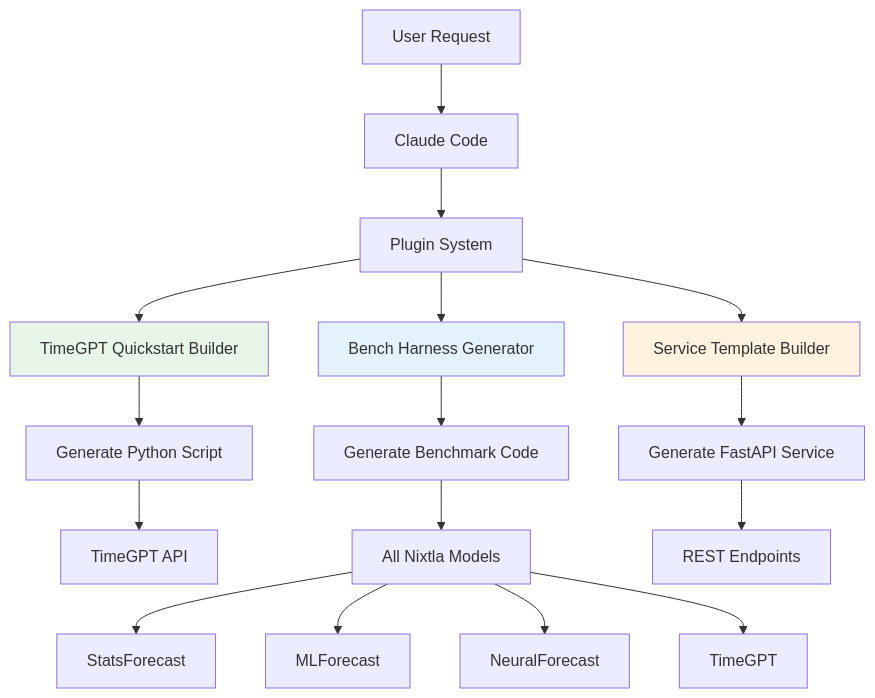
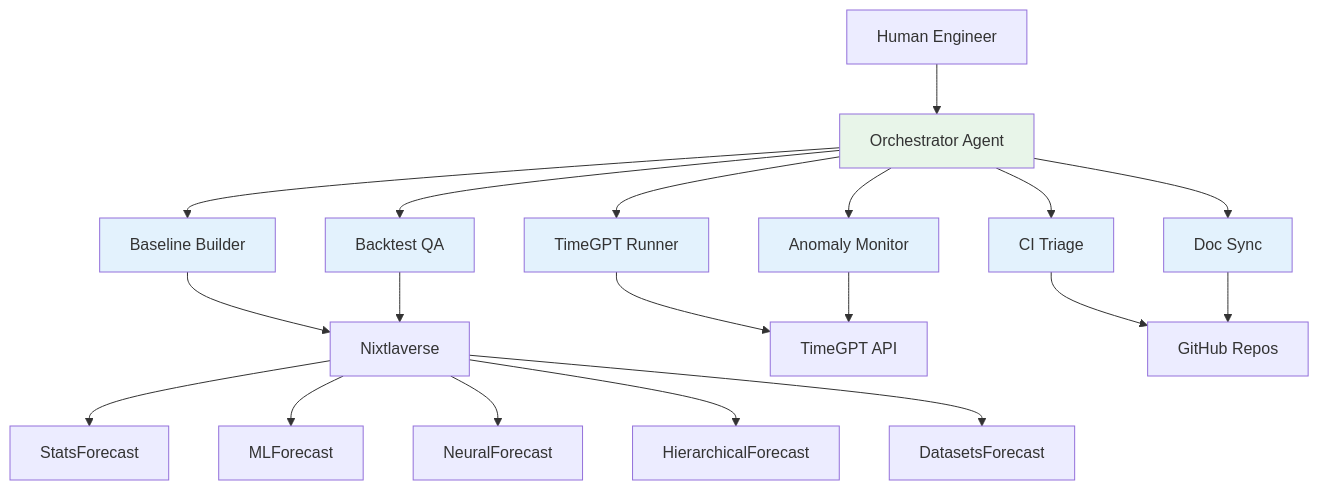
The diagram in README.md (jeremylongshore/plugins-nixtla), drawn with Mermaid before and after one commit. The commit also changed other lines of this file, not shown here.

````diff
--- a/README.md
+++ b/README.md
@@ -238,26 +199,32 @@
 ```mermaid
 graph TB
-    User[User Request] --> Claude[Claude Code]
-    Claude --> Plugins[Plugin System]
+    User[Human Engineer] --> Orch[Orchestrator Agent]
 
-    Plugins --> P1[TimeGPT Quickstart Builder]
-    Plugins --> P2[Bench Harness Generator]
-    Plugins --> P3[Service Template Builder]
+    Orch --> BB[Baseline Builder]
+    Orch --> BT[Backtest QA]
+    Orch --> TG[TimeGPT Runner]
+    Orch --> CI[CI Triage]
+    Orch --> DS[Doc Sync]
+    Orch --> AM[Anomaly Monitor]
 
-    P1 --> Code1[Generate Python Script]
-    P2 --> Code2[Generate Benchmark Code]
-    P3 --> Code3[Generate FastAPI Service]
+    BB --> Nixtla[Nixtlaverse]
+    BT --> Nixtla
+    TG --> TimeGPT[TimeGPT API]
+    CI --> GitHub[GitHub Repos]
+    DS --> GitHub
+    AM --> TimeGPT
 
-    Code1 --> TG[TimeGPT API]
-    Code2 --> Models[All Nixtla Models]
-    Code3 --> API[REST Endpoints]
+    Nixtla --> SF[StatsForecast]
+    Nixtla --> MF[MLForecast]
+    Nixtla --> NF[NeuralForecast]
+    Nixtla --> HF[HierarchicalForecast]
+    Nixtla --> DF[DatasetsForecast]
 
-    Models --> SF[StatsForecast]
-    Models --> MF[MLForecast]
-    Models --> NF[NeuralForecast]
-    Models --> TimeGPT[TimeGPT]
-
-    style P1 fill:#e8f5e9
-    style P2 fill:#e3f2fd
-    style P3 fill:#fff3e0
+    style Orch fill:#e8f5e9
+    style BB fill:#e3f2fd
+    style BT fill:#e3f2fd
+    style TG fill:#e3f2fd
+    style CI fill:#e3f2fd
+    style DS fill:#e3f2fd
+    style AM fill:#e3f2fd
 ```
````
